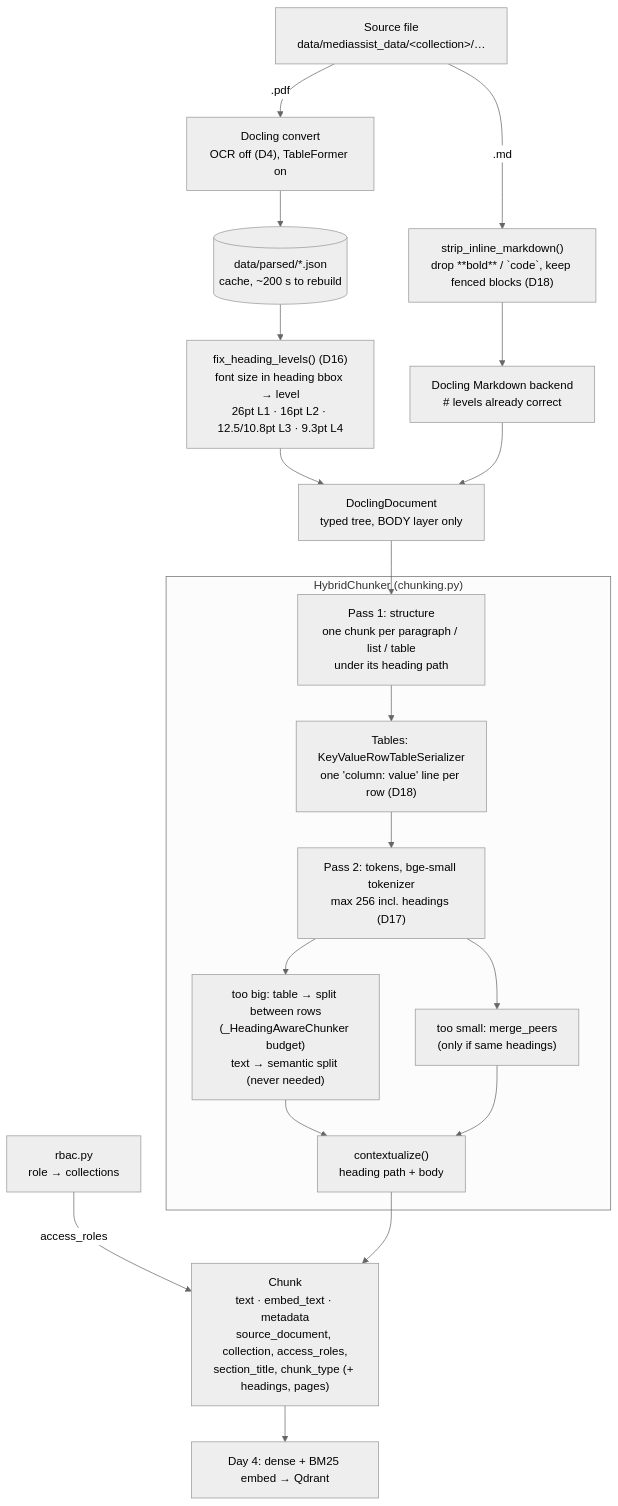
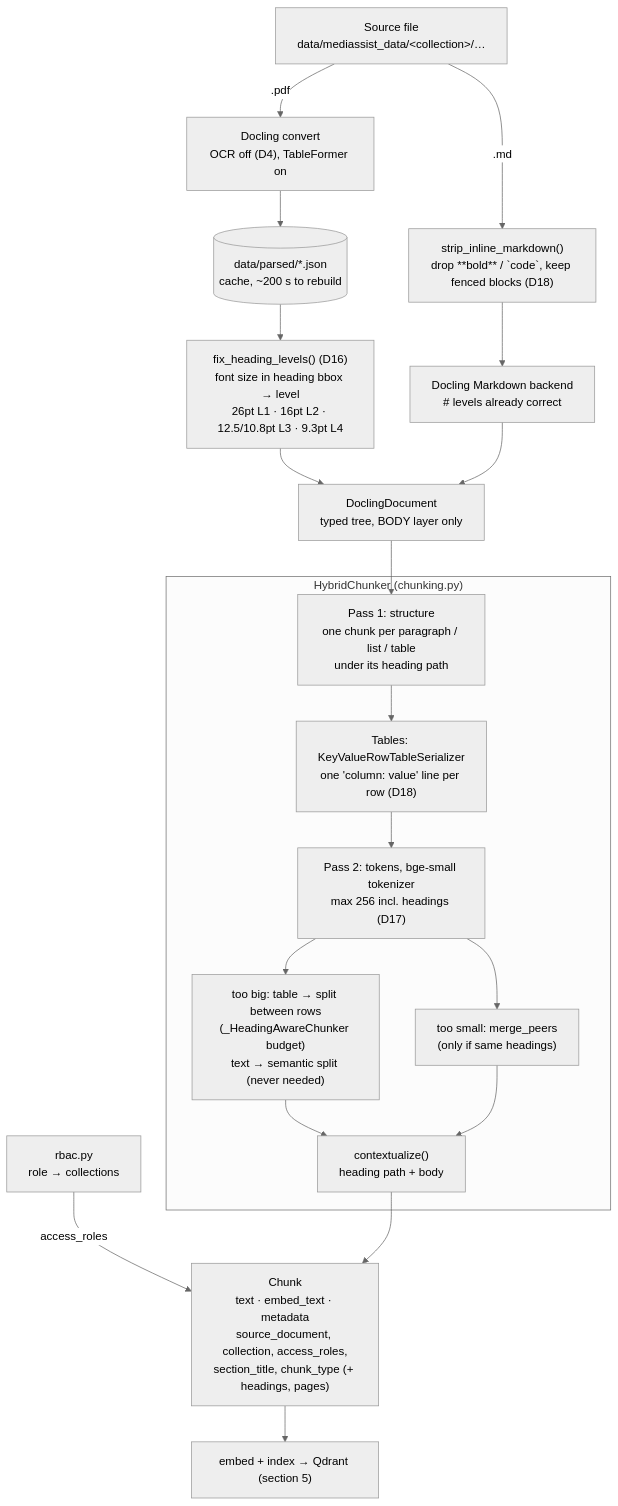
One commit to Nainagerwani07/medibot-advanced-rag changed the first of 3 diagrams in docs/diagrams/ingestion.md. Above: the diagram before and after it, drawn with Mermaid (neutral theme). The commit also changed other lines of this file and 10 other files, not shown here.

First line of the commit message:
feat: Day 4 dense + BM25 embeddings and Qdrant indexing

````diff
--- a/docs/diagrams/ingestion.md
+++ b/docs/diagrams/ingestion.md
@@ -8,28 +8,28 @@
 ```mermaid
 flowchart TD
     SRC["Source file<br/>data/mediassist_data/&lt;collection&gt;/…"]
     SRC -->|.pdf| PDF["Docling convert<br/>OCR off (D4), TableFormer on"]
     SRC -->|.md| MDC["strip_inline_markdown()<br/>drop **bold** / `code`, keep fenced blocks (D18)"]
     PDF --> CACHE[("data/parsed/*.json<br/>cache, ~200 s to rebuild")]
     CACHE --> FIX["fix_heading_levels() (D16)<br/>font size in heading bbox → level<br/>26pt L1 · 16pt L2 · 12.5/10.8pt L3 · 9.3pt L4"]
     MDC --> MDP["Docling Markdown backend<br/># levels already correct"]
     FIX --> DOC["DoclingDocument<br/>typed tree, BODY layer only"]
     MDP --> DOC
 
     subgraph CHUNK["HybridChunker (chunking.py)"]
         P1["Pass 1: structure<br/>one chunk per paragraph / list / table<br/>under its heading path"]
         SER["Tables: KeyValueRowTableSerializer<br/>one 'column: value' line per row (D18)"]
         P2["Pass 2: tokens, bge-small tokenizer<br/>max 256 incl. headings (D17)"]
         SPLIT["too big: table → split between rows<br/>(_HeadingAwareChunker budget)<br/>text → semantic split (never needed)"]
         MERGE["too small: merge_peers<br/>(only if same headings)"]
         CTX["contextualize()<br/>heading path + body"]
         P1 --> SER --> P2
         P2 --> SPLIT --> CTX
         P2 --> MERGE --> CTX
     end
     DOC --> P1
 
     RBAC["rbac.py<br/>role → collections"] -->|access_roles| OUT
     CTX --> OUT["Chunk<br/>text · embed_text · metadata<br/>source_document, collection, access_roles,<br/>section_title, chunk_type (+ headings, pages)"]
-    OUT --> NEXT["Day 4: dense + BM25 embed → Qdrant"]
+    OUT --> NEXT["embed + index → Qdrant (section 5)"]
 ```
````
